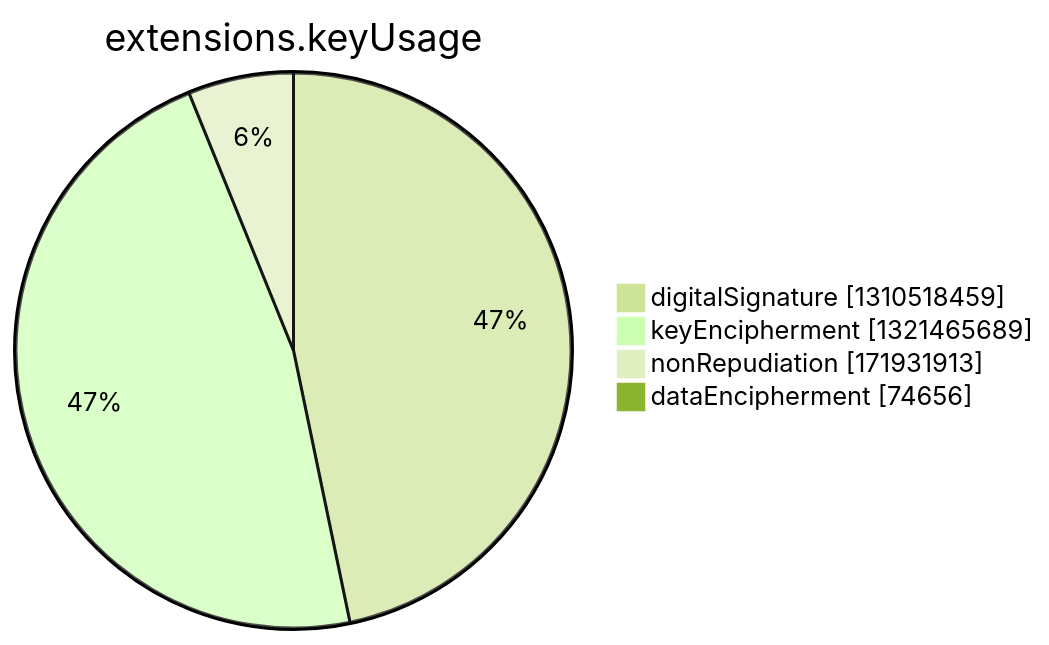
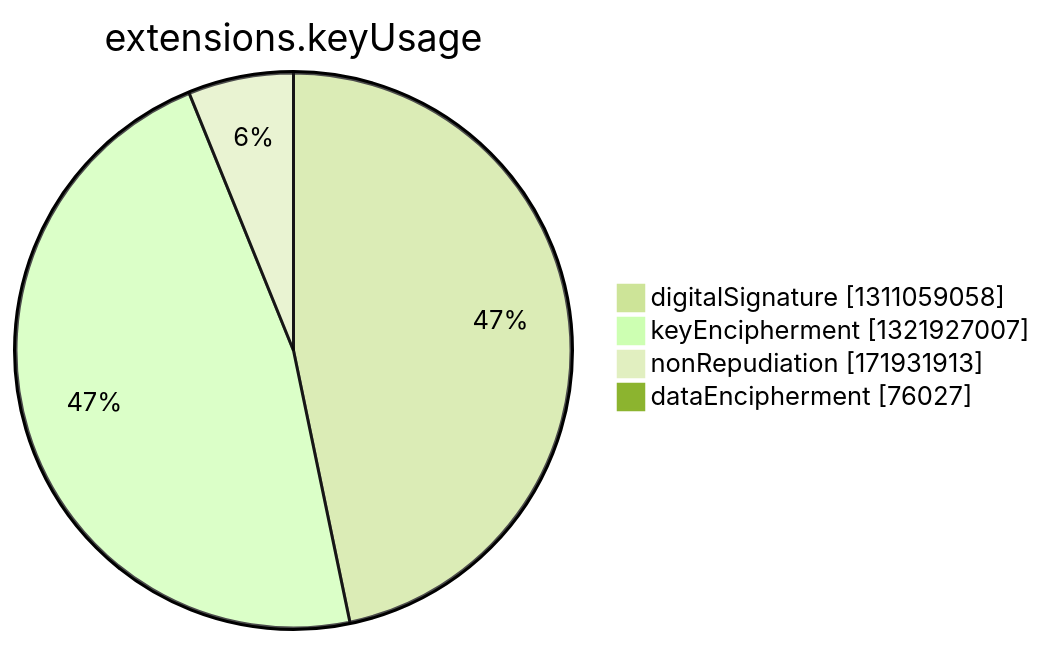
The seventh of 15 diagrams in argon2022/README.md (christiankrug/ctmonitor_visualization), drawn with Mermaid (forest theme) before and after one commit. The commit also changed other lines of this file, not shown here.

````diff
--- a/argon2022/README.md
+++ b/argon2022/README.md
@@ -2750,8 +2750,8 @@
 ```mermaid
 pie showData
 title extensions.keyUsage
-"digitalSignature" :1310518459
-"keyEncipherment" :1321465689
+"digitalSignature" :1311059058
+"keyEncipherment" :1321927007
 "nonRepudiation" :171931913
-"dataEncipherment" :74656
+"dataEncipherment" :76027
 ```
````
